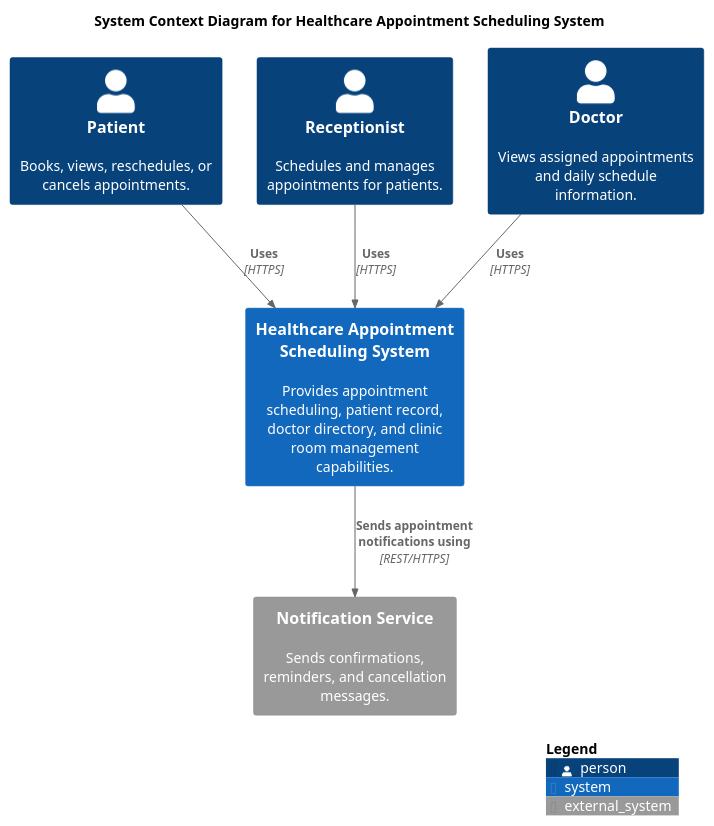
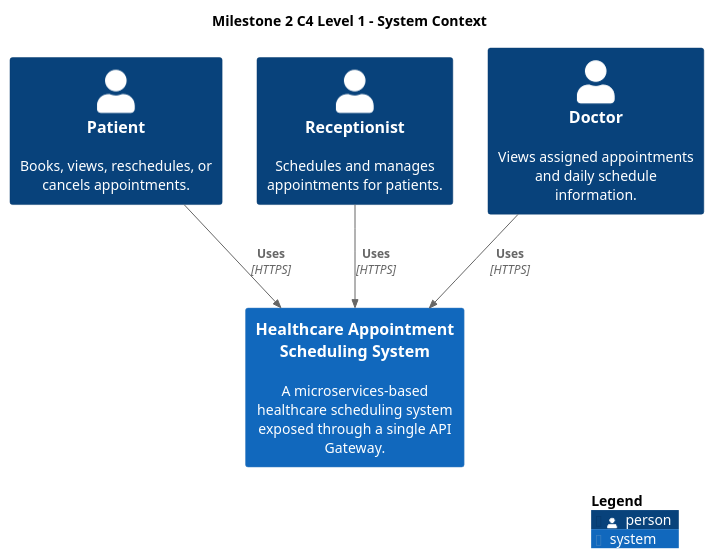
One commit to Ccyy615/Healthcare_Milestone_ms changed the diagram in Diagrams/C4_Level_1_System_Context.puml. Above: the diagram before and after it, drawn with PlantUML. The commit also changed 27 other files, not shown here.

```diff
--- a/Diagrams/C4_Level_1_System_Context.puml
+++ b/Diagrams/C4_Level_1_System_Context.puml
@@ -1,23 +1,20 @@
 @startuml
 !includeurl https://raw.githubusercontent.com/plantuml-stdlib/C4-PlantUML/master/C4_Context.puml
 
 LAYOUT_TOP_DOWN()
 
-title System Context Diagram for Healthcare Appointment Scheduling System
+title Milestone 2 C4 Level 1 - System Context
 
 Person(patient, "Patient", "Books, views, reschedules, or cancels appointments.")
 Person(receptionist, "Receptionist", "Schedules and manages appointments for patients.")
 Person(doctor, "Doctor", "Views assigned appointments and daily schedule information.")
 
-System(healthcare_system, "Healthcare Appointment Scheduling System", "Provides appointment scheduling, patient record, doctor directory, and clinic room management capabilities.")
-
-System_Ext(notification_service, "Notification Service", "Sends confirmations, reminders, and cancellation messages.")
+System(healthcare_system, "Healthcare Appointment Scheduling System", "A microservices-based healthcare scheduling system exposed through a single API Gateway.")
 
 Rel(patient, healthcare_system, "Uses", "HTTPS")
 Rel(receptionist, healthcare_system, "Uses", "HTTPS")
 Rel(doctor, healthcare_system, "Uses", "HTTPS")
-Rel(healthcare_system, notification_service, "Sends appointment notifications using", "REST/HTTPS")
 
 SHOW_LEGEND()
 
 @enduml
```
